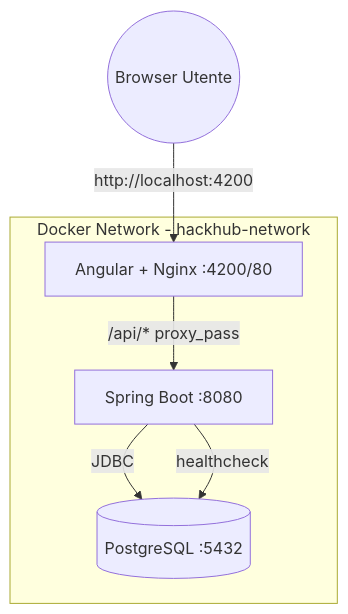
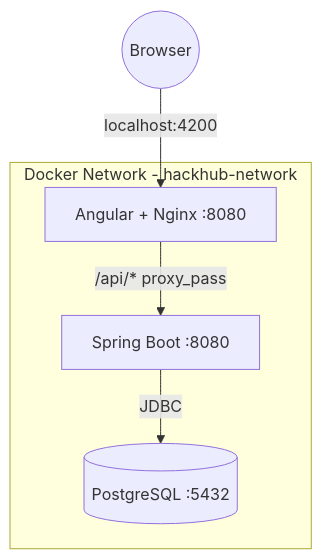
Before and after one commit to AlessioPiana54/HackHub: the first of 4 diagrams in README.md, drawn with Mermaid. The commit also changed other lines of this file and 79 other files, not shown here.

````diff
--- a/README.md
+++ b/README.md
@@ -349,14 +416,13 @@
 ```mermaid
 graph TD
-    User((Browser Utente)) -->|http://localhost:4200| Frontend
+    User((Browser)) -->|localhost:4200| Frontend
 
     subgraph Docker Network - hackhub-network
-        Frontend[Angular + Nginx :4200/80]
+        Frontend[Angular + Nginx :8080]
         Backend[Spring Boot :8080]
         DB[(PostgreSQL :5432)]
     end
 
     Frontend -->|/api/* proxy_pass| Backend
     Backend -->|JDBC| DB
-    Backend -->|healthcheck| DB
 ```
````
